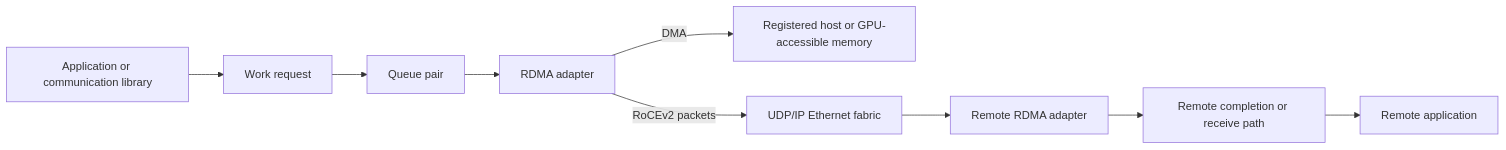
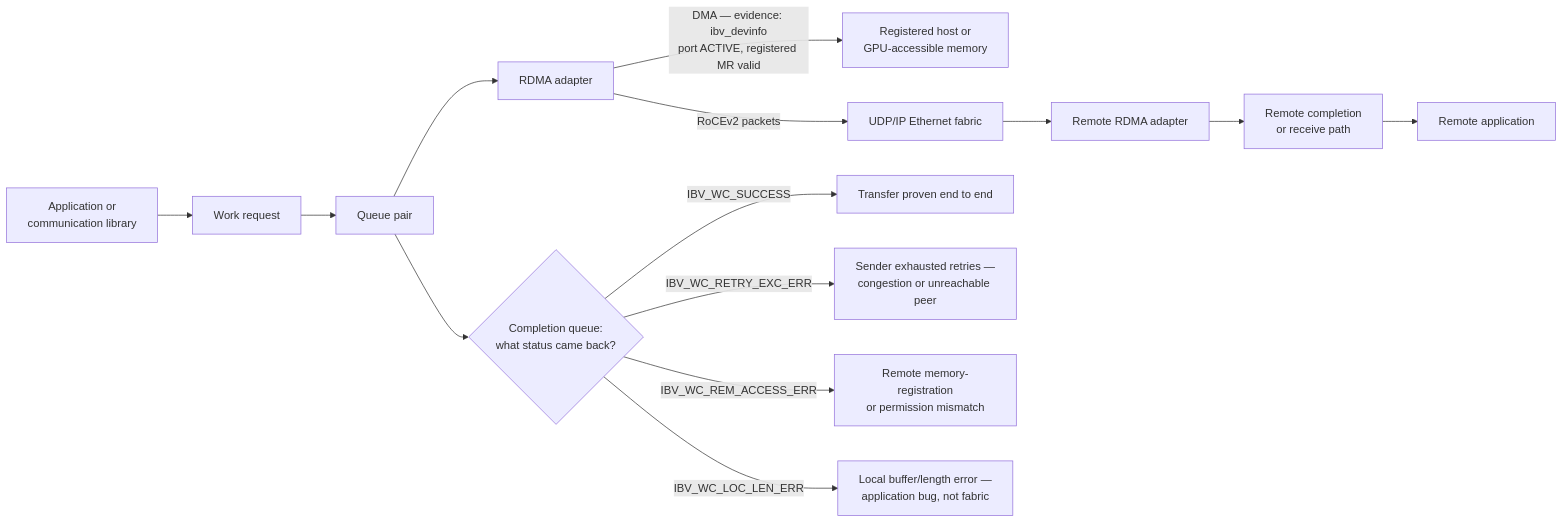
Before and after one commit to jithinpnjm/nvidia-devops: the first of 3 diagrams in docs/nvidia-zero-to-hero/volume-09/chapter-03-rocev2-and-rdma-over-ethernet.md, drawn with Mermaid. The commit also changed other lines of this file and 3 other files, not shown here.

````diff
--- a/docs/nvidia-zero-to-hero/volume-09/chapter-03-rocev2-and-rdma-over-ethernet.md
+++ b/docs/nvidia-zero-to-hero/volume-09/chapter-03-rocev2-and-rdma-over-ethernet.md
@@ -44,11 +44,17 @@
 ```mermaid
 flowchart LR
-    App[Application or communication library] --> WR[Work request]
-    WR --> QP[Queue pair]
-    QP --> NIC[RDMA adapter]
-    NIC -->|DMA| Mem[Registered host or GPU-accessible memory]
-    NIC -->|RoCEv2 packets| Net[UDP/IP Ethernet fabric]
-    Net --> RNIC[Remote RDMA adapter]
-    RNIC --> RCQ[Remote completion or receive path]
-    RCQ --> RApp[Remote application]
+    App["Application or\ncommunication library"] --> WR["Work request"]
+    WR --> QP["Queue pair"]
+    QP --> NIC["RDMA adapter"]
+    NIC -->|"DMA — evidence: ibv_devinfo\nport ACTIVE, registered MR valid"| Mem["Registered host or\nGPU-accessible memory"]
+    NIC -->|"RoCEv2 packets"| Net["UDP/IP Ethernet fabric"]
+    Net --> RNIC["Remote RDMA adapter"]
+    RNIC --> RCQ["Remote completion\nor receive path"]
+    RCQ --> RApp["Remote application"]
+    CQ{"Completion queue:\nwhat status came back?"}
+    QP --> CQ
+    CQ -->|"IBV_WC_SUCCESS"| OK["Transfer proven end to end"]
+    CQ -->|"IBV_WC_RETRY_EXC_ERR"| RETRY["Sender exhausted retries —\ncongestion or unreachable peer"]
+    CQ -->|"IBV_WC_REM_ACCESS_ERR"| PERM["Remote memory-registration\nor permission mismatch"]
+    CQ -->|"IBV_WC_LOC_LEN_ERR"| LOCAL["Local buffer/length error —\napplication bug, not fabric"]
 ```
````
